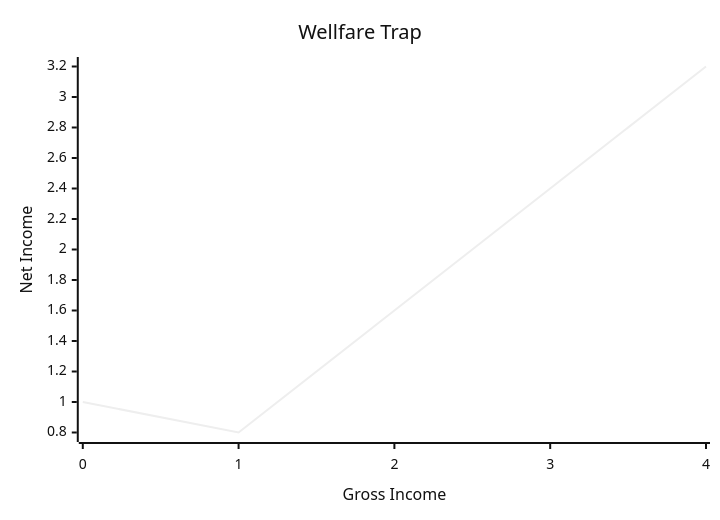
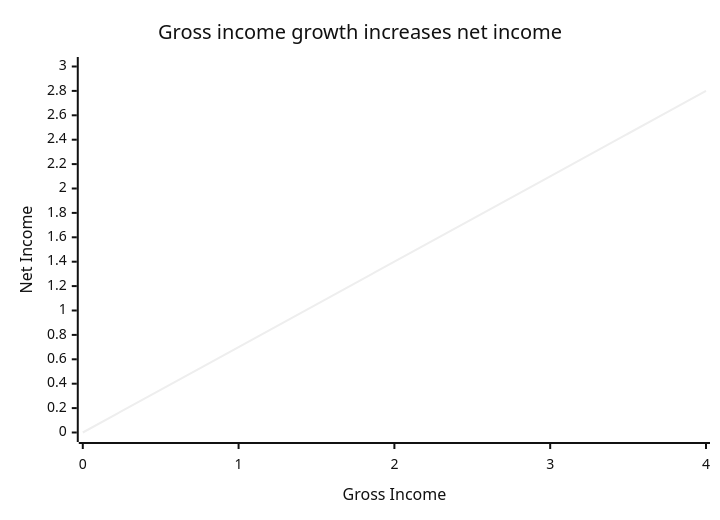
One commit to sergey-shandar/public changed the second of 3 diagrams in notes/economy/justice.md. Above: the diagram before and after it, drawn with Mermaid (neutral theme). The commit also changed other lines of this file, not shown here.

````diff
--- a/notes/economy/justice.md
+++ b/notes/economy/justice.md
@@ -24,7 +24,7 @@
 ```mermaid
 xychart-beta
-    title "Wellfare Trap"
+    title "Gross income growth increases net income"
     x-axis "Gross Income" [0, 1, 2, 3, 4]
-    y-axis "Net Income" 
-    line [1, 0.8, 1.6, 2.4, 3.2]
+    y-axis "Net Income" 0 --> 3
+    line [0, 0.7, 1.4, 2.1, 2.8]
 ```
````
